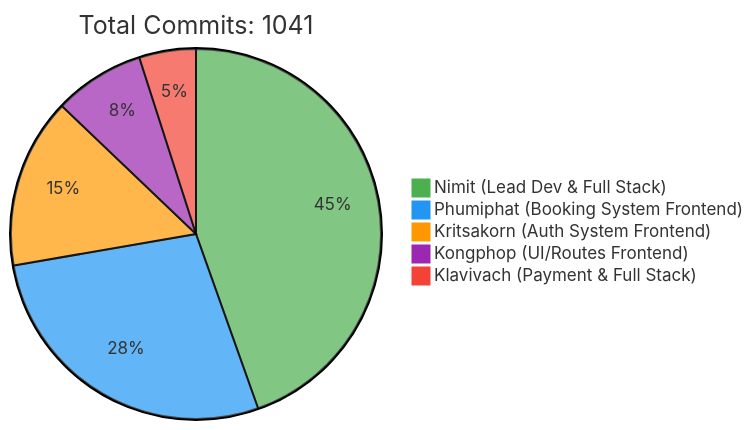
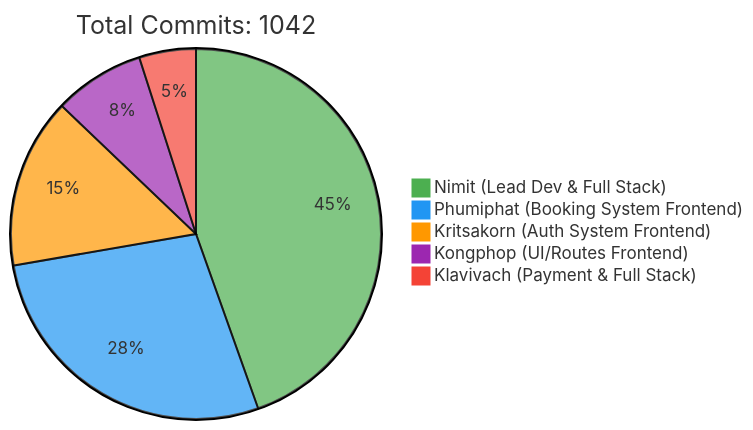
Before and after one commit to 6531503042/Sport-Complex: the first of 2 diagrams in README.md, drawn with Mermaid. The commit also changed other lines of this file, not shown here.

Commit message:
docs: Update contributor statistics [skip ci]

````diff
--- a/README.md
+++ b/README.md
@@ -240,10 +240,10 @@
 ```mermaid
 %%{init: {'theme': 'base', 'themeVariables': { 'pie1': '#4CAF50', 'pie2': '#2196F3', 'pie3': '#FF9800', 'pie4': '#9C27B0', 'pie5': '#F44336'}}}%%
 pie
-    title Total Commits: 1041
+    title Total Commits: 1042
     "Nimit (Lead Dev & Full Stack)" : 450
     "Phumiphat (Booking System Frontend)" : 280
     "Kritsakorn (Auth System Frontend)" : 150
     "Kongphop (UI/Routes Frontend)" : 80
     "Klavivach (Payment & Full Stack)" : 50
 ```
````
